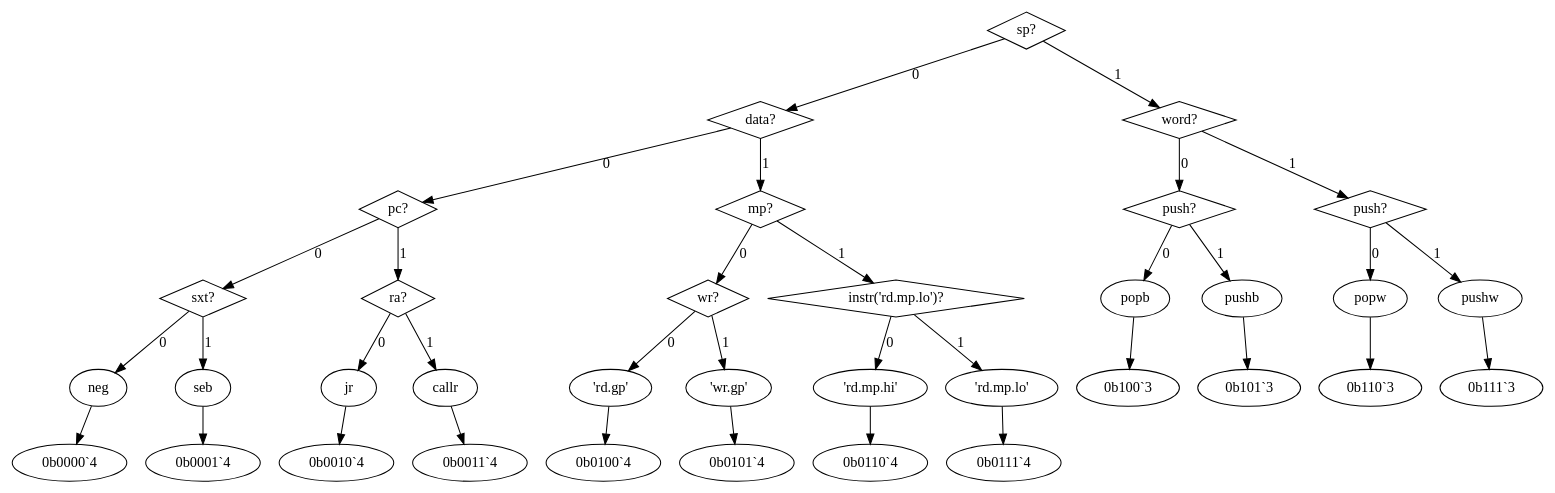
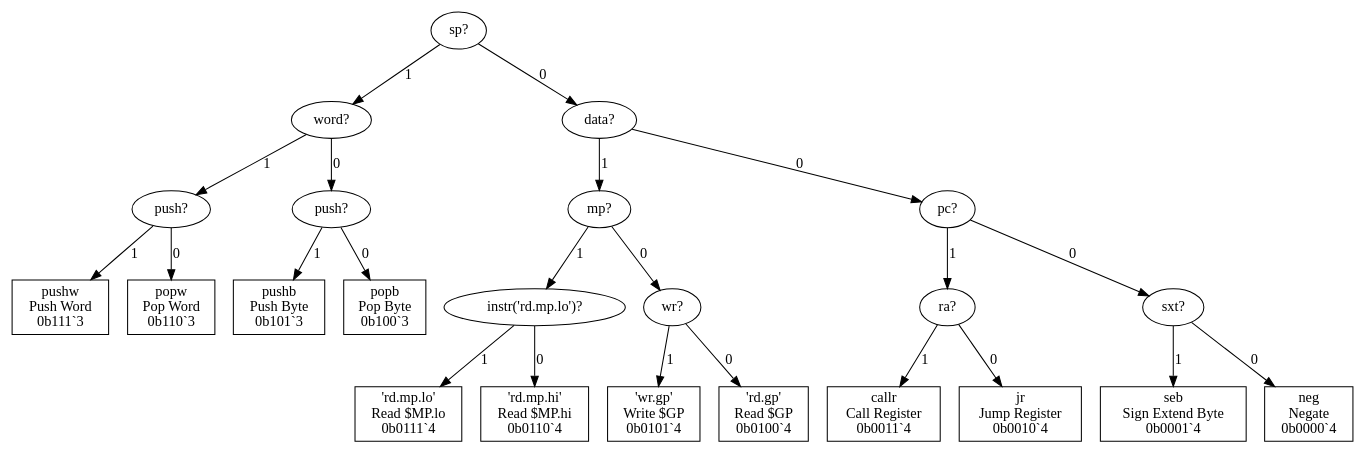
Before and after one commit to eignnx/SPRIND: the diagram in src/graphs/r(_).dot, drawn with Graphviz. The commit also changed 9 other files, not shown here.

```diff
--- a/src/graphs/r(_).dot
+++ b/src/graphs/r(_).dot
@@ -1,59 +1,71 @@
 digraph "Format r(_)" {
-  "sp_4114254" [label = "sp?", shape = diamond];
+  "sp_4114254" [label = "sp?", shape = ellipse];
+  "sp_4114254" -> "word_16344652" [label = "1"];
   "sp_4114254" -> "data_8521026" [label = "0"];
-  "sp_4114254" -> "word_16344652" [label = "1"];
-  "data_8521026" [label = "data?", shape = diamond];
+  "word_16344652" [label = "word?", shape = ellipse];
+  "word_16344652" -> "push_16362597" [label = "1"];
+  "word_16344652" -> "push_6658631" [label = "0"];
+  "push_16362597" [label = "push?", shape = ellipse];
+  "push_16362597" -> "pushw_9011362" [label = "1"];
+  "push_16362597" -> "popw_1825455" [label = "0"];
+  "pushw_9011362" [label = "pushw
+Push Word
+0b111`3", shape = rectangle];
+  "popw_1825455" [label = "popw
+Pop Word
+0b110`3", shape = rectangle];
+  "push_6658631" [label = "push?", shape = ellipse];
+  "push_6658631" -> "pushb_7132072" [label = "1"];
+  "push_6658631" -> "popb_9607987" [label = "0"];
+  "pushb_7132072" [label = "pushb
+Push Byte
+0b101`3", shape = rectangle];
+  "popb_9607987" [label = "popb
+Pop Byte
+0b100`3", shape = rectangle];
+  "data_8521026" [label = "data?", shape = ellipse];
+  "data_8521026" -> "mp_7826541" [label = "1"];
   "data_8521026" -> "pc_3994631" [label = "0"];
-  "data_8521026" -> "mp_7826541" [label = "1"];
-  "pc_3994631" [label = "pc?", shape = diamond];
+  "mp_7826541" [label = "mp?", shape = ellipse];
+  "mp_7826541" -> "instr('rd.mp.lo')_304513" [label = "1"];
+  "mp_7826541" -> "wr_16207493" [label = "0"];
+  "instr('rd.mp.lo')_304513" [label = "instr('rd.mp.lo')?", shape = ellipse];
+  "instr('rd.mp.lo')_304513" -> "'rd.mp.lo'_9626836" [label = "1"];
+  "instr('rd.mp.lo')_304513" -> "'rd.mp.hi'_6753187" [label = "0"];
+  "'rd.mp.lo'_9626836" [label = "'rd.mp.lo'
+Read $MP.lo
+0b0111`4", shape = rectangle];
+  "'rd.mp.hi'_6753187" [label = "'rd.mp.hi'
+Read $MP.hi
+0b0110`4", shape = rectangle];
+  "wr_16207493" [label = "wr?", shape = ellipse];
+  "wr_16207493" -> "'wr.gp'_5110024" [label = "1"];
+  "wr_16207493" -> "'rd.gp'_7170807" [label = "0"];
+  "'wr.gp'_5110024" [label = "'wr.gp'
+Write $GP
+0b0101`4", shape = rectangle];
+  "'rd.gp'_7170807" [label = "'rd.gp'
+Read $GP
+0b0100`4", shape = rectangle];
+  "pc_3994631" [label = "pc?", shape = ellipse];
+  "pc_3994631" -> "ra_11984613" [label = "1"];
   "pc_3994631" -> "sxt_1516934" [label = "0"];
-  "pc_3994631" -> "ra_11984613" [label = "1"];
-  "sxt_1516934" [label = "sxt?", shape = diamond];
+  "ra_11984613" [label = "ra?", shape = ellipse];
+  "ra_11984613" -> "callr_11085822" [label = "1"];
+  "ra_11984613" -> "jr_14350230" [label = "0"];
+  "callr_11085822" [label = "callr
+Call Register
+0b0011`4", shape = rectangle];
+  "jr_14350230" [label = "jr
+Jump Register
+0b0010`4", shape = rectangle];
+  "sxt_1516934" [label = "sxt?", shape = ellipse];
+  "sxt_1516934" -> "seb_8359608" [label = "1"];
   "sxt_1516934" -> "neg_298820" [label = "0"];
-  "sxt_1516934" -> "seb_8359608" [label = "1"];
-  "neg_298820" [label = "neg"];
-  "neg_298820" -> "0b0000`4"
-  "seb_8359608" [label = "seb"];
-  "seb_8359608" -> "0b0001`4"
-  "ra_11984613" [label = "ra?", shape = diamond];
-  "ra_11984613" -> "jr_14350230" [label = "0"];
-  "ra_11984613" -> "callr_11085822" [label = "1"];
-  "jr_14350230" [label = "jr"];
-  "jr_14350230" -> "0b0010`4"
-  "callr_11085822" [label = "callr"];
-  "callr_11085822" -> "0b0011`4"
-  "mp_7826541" [label = "mp?", shape = diamond];
-  "mp_7826541" -> "wr_16207493" [label = "0"];
-  "mp_7826541" -> "instr('rd.mp.lo')_304513" [label = "1"];
-  "wr_16207493" [label = "wr?", shape = diamond];
-  "wr_16207493" -> "'rd.gp'_7170807" [label = "0"];
-  "wr_16207493" -> "'wr.gp'_5110024" [label = "1"];
-  "'rd.gp'_7170807" [label = "'rd.gp'"];
-  "'rd.gp'_7170807" -> "0b0100`4"
-  "'wr.gp'_5110024" [label = "'wr.gp'"];
-  "'wr.gp'_5110024" -> "0b0101`4"
-  "instr('rd.mp.lo')_304513" [label = "instr('rd.mp.lo')?", shape = diamond];
-  "instr('rd.mp.lo')_304513" -> "'rd.mp.hi'_6753187" [label = "0"];
-  "instr('rd.mp.lo')_304513" -> "'rd.mp.lo'_9626836" [label = "1"];
-  "'rd.mp.hi'_6753187" [label = "'rd.mp.hi'"];
-  "'rd.mp.hi'_6753187" -> "0b0110`4"
-  "'rd.mp.lo'_9626836" [label = "'rd.mp.lo'"];
-  "'rd.mp.lo'_9626836" -> "0b0111`4"
-  "word_16344652" [label = "word?", shape = diamond];
-  "word_16344652" -> "push_6658631" [label = "0"];
-  "word_16344652" -> "push_16362597" [label = "1"];
-  "push_6658631" [label = "push?", shape = diamond];
-  "push_6658631" -> "popb_9607987" [label = "0"];
-  "push_6658631" -> "pushb_7132072" [label = "1"];
-  "popb_9607987" [label = "popb"];
-  "popb_9607987" -> "0b100`3"
-  "pushb_7132072" [label = "pushb"];
-  "pushb_7132072" -> "0b101`3"
-  "push_16362597" [label = "push?", shape = diamond];
-  "push_16362597" -> "popw_1825455" [label = "0"];
-  "push_16362597" -> "pushw_9011362" [label = "1"];
-  "popw_1825455" [label = "popw"];
-  "popw_1825455" -> "0b110`3"
-  "pushw_9011362" [label = "pushw"];
-  "pushw_9011362" -> "0b111`3"
+  "seb_8359608" [label = "seb
+Sign Extend Byte
+0b0001`4", shape = rectangle];
+  "neg_298820" [label = "neg
+Negate
+0b0000`4", shape = rectangle];
 }
```
